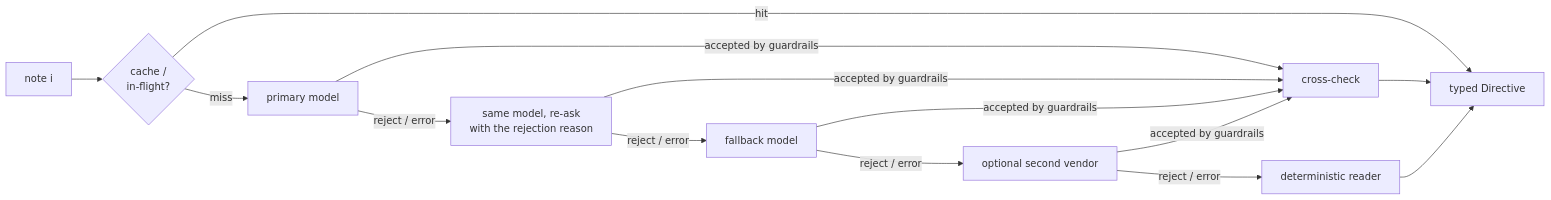
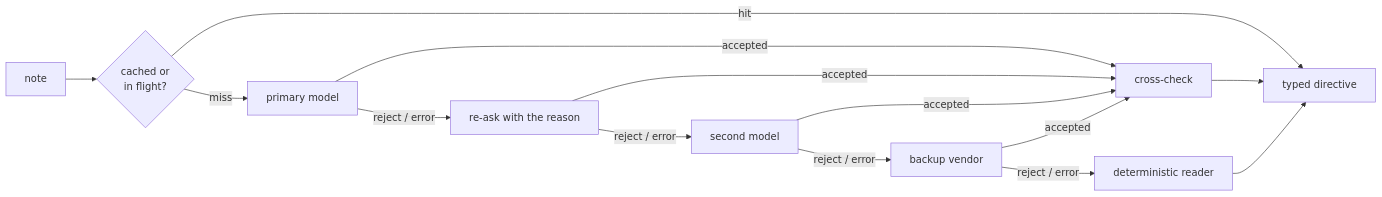
One commit to nahinio/gridwise-scheduler changed the second of 2 diagrams in docs/architecture.md. Above: the diagram before and after it, drawn with Mermaid. The commit also changed other lines of this file and 20 other files, not shown here.

Commit message:
docs: rewrite README and architecture notes; set working Gemini backup model

````diff
--- a/docs/architecture.md
+++ b/docs/architecture.md
@@ -31,13 +43,13 @@
 ```mermaid
 flowchart LR
-    N[note i] --> K{cache /<br/>in-flight?}
-    K -->|hit| OUT[typed Directive]
+    N[note] --> K{cached or<br/>in flight?}
+    K -->|hit| OUT[typed directive]
     K -->|miss| P1[primary model]
-    P1 -->|reject / error| P1b[same model, re-ask<br/>with the rejection reason]
-    P1b -->|reject / error| P2[fallback model]
-    P2 -->|reject / error| P3[optional second vendor]
+    P1 -->|reject / error| P1b[re-ask with the reason]
+    P1b -->|reject / error| P2[second model]
+    P2 -->|reject / error| P3[backup vendor]
     P3 -->|reject / error| H[deterministic reader]
-    P1 & P1b & P2 & P3 -->|accepted by guardrails| X[cross-check]
+    P1 & P1b & P2 & P3 -->|accepted| X[cross-check]
     X --> OUT
     H --> OUT
 ```
````
